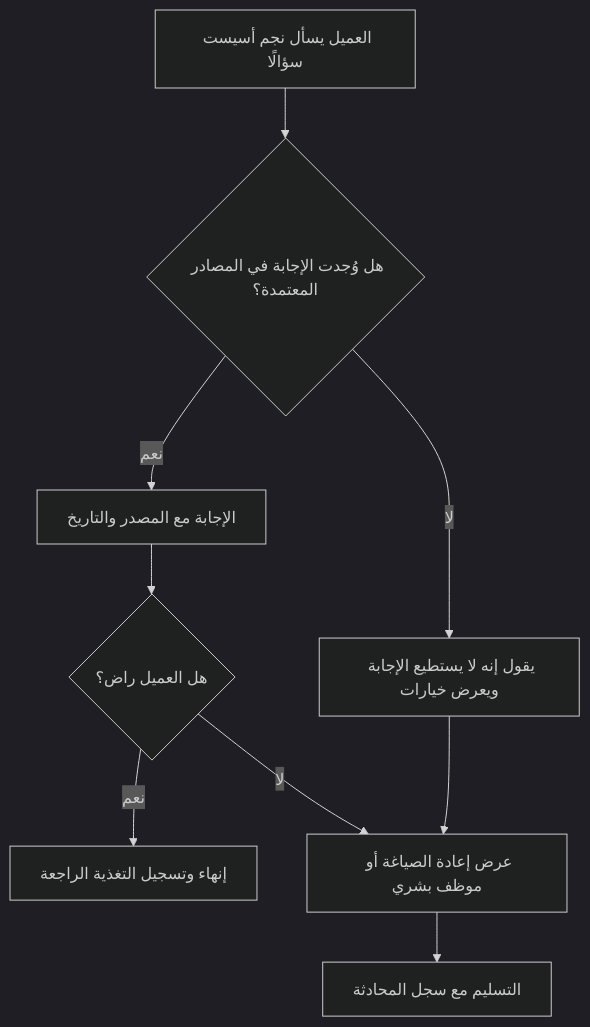
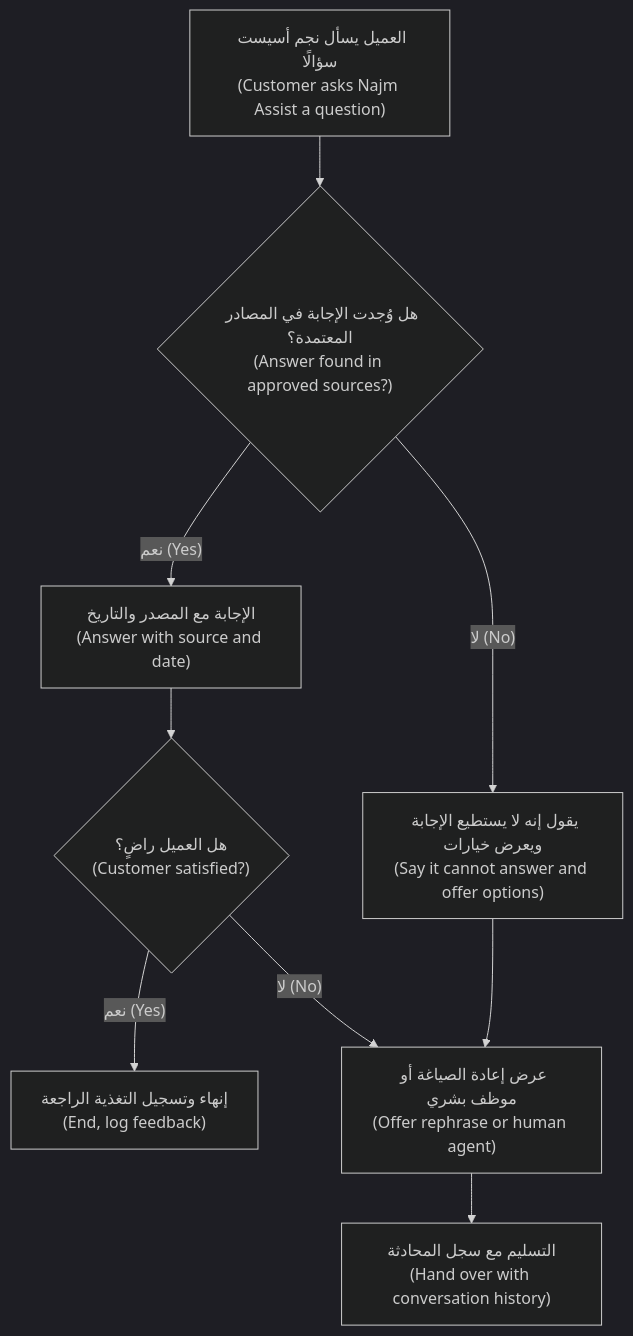
Before and after one commit to Tamoura/system-design-for-vibe-coders: the second of 3 diagrams in aipm/modules/04-design.ar.md, drawn with Mermaid (dark theme). The commit also changed other lines of this file and 9 other files, not shown here.

First line of the commit message:
AI PM course (AR): right-to-left diagrams with English labels

````diff
--- a/aipm/modules/04-design.ar.md
+++ b/aipm/modules/04-design.ar.md
@@ -325,11 +325,11 @@
 ```mermaid
 flowchart TD
-    A["العميل يسأل نجم أسيست سؤالًا"] --> B{"هل وُجدت الإجابة في المصادر المعتمدة؟"}
-    B -- "نعم" --> C["الإجابة مع المصدر والتاريخ"]
-    B -- "لا" --> D["يقول إنه لا يستطيع الإجابة ويعرض خيارات"]
-    C --> E{"هل العميل راضٍ؟"}
-    E -- "نعم" --> F["إنهاء وتسجيل التغذية الراجعة"]
-    E -- "لا" --> G["عرض إعادة الصياغة أو موظف بشري"]
+    A["العميل يسأل نجم أسيست سؤالًا<br/>(Customer asks Najm Assist a question)"] --> B{"هل وُجدت الإجابة في المصادر المعتمدة؟<br/>(Answer found in approved sources?)"}
+    B -- "نعم (Yes)" --> C["الإجابة مع المصدر والتاريخ<br/>(Answer with source and date)"]
+    B -- "لا (No)" --> D["يقول إنه لا يستطيع الإجابة ويعرض خيارات<br/>(Say it cannot answer and offer options)"]
+    C --> E{"هل العميل راضٍ؟<br/>(Customer satisfied?)"}
+    E -- "نعم (Yes)" --> F["إنهاء وتسجيل التغذية الراجعة<br/>(End, log feedback)"]
+    E -- "لا (No)" --> G["عرض إعادة الصياغة أو موظف بشري<br/>(Offer rephrase or human agent)"]
     D --> G
-    G --> H["التسليم مع سجل المحادثة"]
+    G --> H["التسليم مع سجل المحادثة<br/>(Hand over with conversation history)"]
 ```
````
